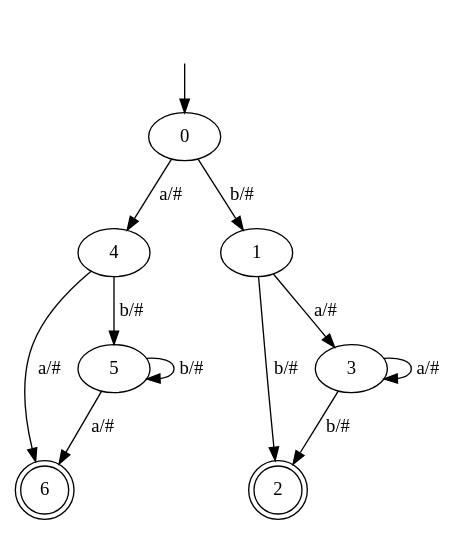
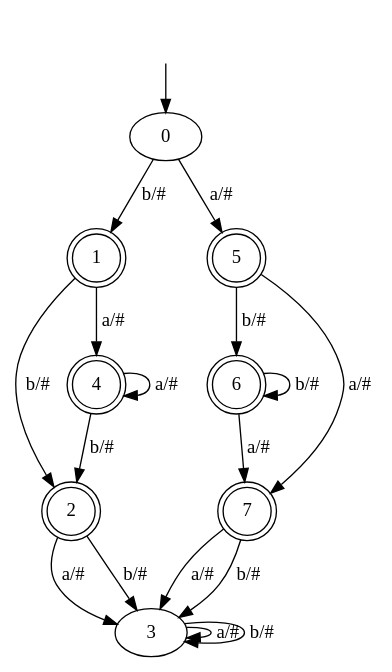
The diagram in ND03.descr.descr.dot (acoussea/AnalyseurLexical), drawn with Graphviz before and after one commit. The commit also changed 19 other files, not shown here.

```diff
--- a/ND03.descr.descr.dot
+++ b/ND03.descr.descr.dot
@@ -1,16 +1,26 @@
 digraph G {
 	"" [shape=none]
+	1 [shape=doublecircle]
 	2 [shape=doublecircle]
+	4 [shape=doublecircle]
+	5 [shape=doublecircle]
 	6 [shape=doublecircle]
+	7 [shape=doublecircle]
 	"" ->0
-	0 -> 4[label="a/#"];
+	0 -> 5[label="a/#"];
 	0 -> 1[label="b/#"];
-	1 -> 3[label="a/#"];
+	1 -> 4[label="a/#"];
 	1 -> 2[label="b/#"];
+	2 -> 3[label="a/#"];
+	2 -> 3[label="b/#"];
 	3 -> 3[label="a/#"];
-	3 -> 2[label="b/#"];
-	4 -> 6[label="a/#"];
-	4 -> 5[label="b/#"];
-	5 -> 6[label="a/#"];
-	5 -> 5[label="b/#"];
+	3 -> 3[label="b/#"];
+	4 -> 4[label="a/#"];
+	4 -> 2[label="b/#"];
+	5 -> 7[label="a/#"];
+	5 -> 6[label="b/#"];
+	6 -> 7[label="a/#"];
+	6 -> 6[label="b/#"];
+	7 -> 3[label="a/#"];
+	7 -> 3[label="b/#"];
 }
```
